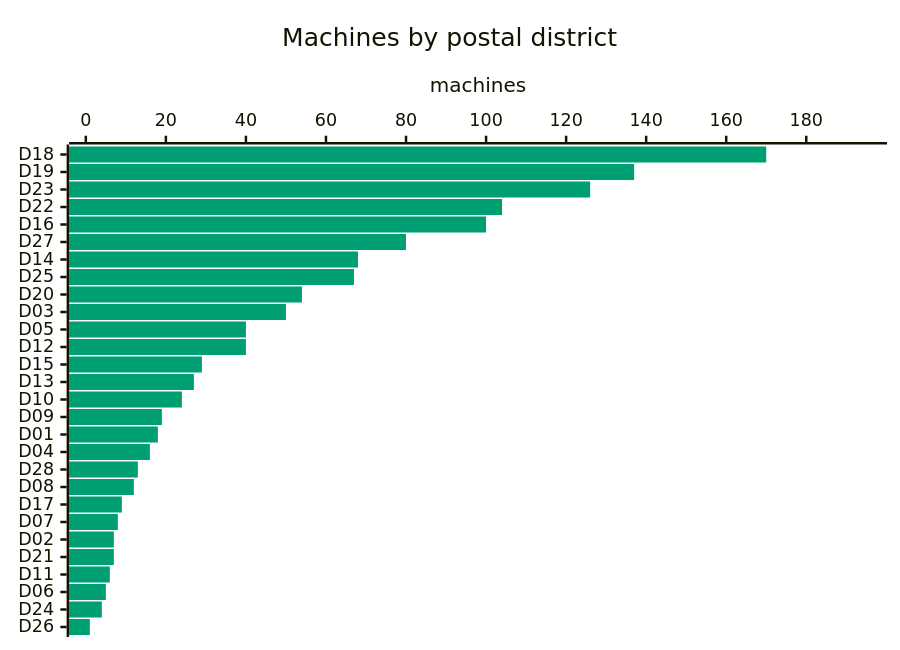
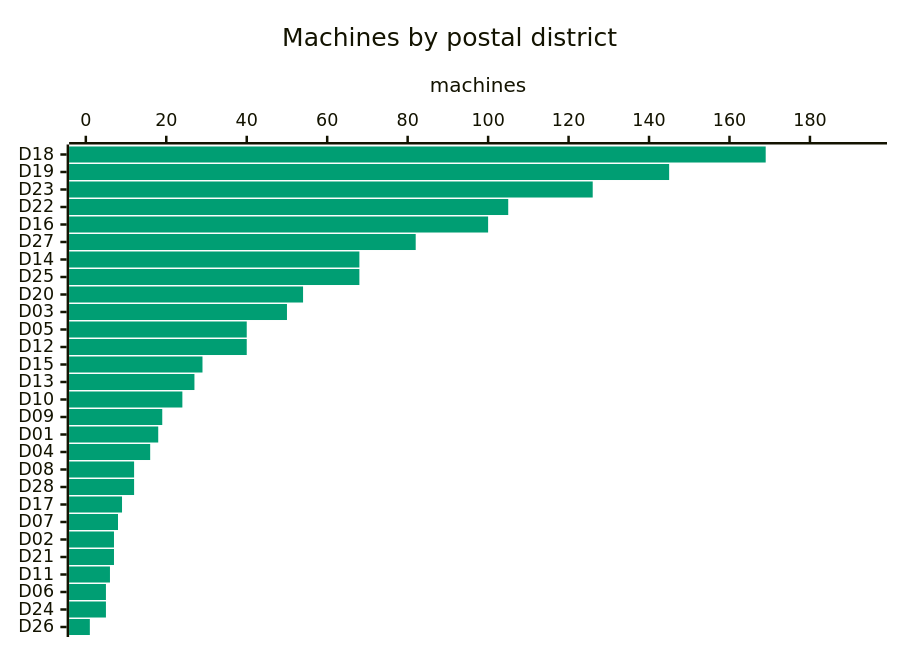
The fourth of 7 diagrams in ANALYSIS.md (cheeaun/returnright-data), drawn with Mermaid before and after one commit. The commit also changed other lines of this file and 3 other files, not shown here.

````diff
--- a/ANALYSIS.md
+++ b/ANALYSIS.md
@@ -117,16 +117,16 @@
 ```mermaid
 ---
 config:
   themeVariables:
     xyChart:
       plotColorPalette: "#009E73"
   xyChart:
     chartOrientation: "horizontal"
     plotReservedSpacePercent: 40
 ---
 xychart-beta
     title "Machines by postal district"
-    x-axis ["D18", "D19", "D23", "D22", "D16", "D27", "D14", "D25", "D20", "D03", "D05", "D12", "D15", "D13", "D10", "D09", "D01", "D04", "D28", "D08", "D17", "D07", "D02", "D21", "D11", "D06", "D24", "D26"]
-    y-axis "machines" 0 --> 196
-    bar [170, 137, 126, 104, 100, 80, 68, 67, 54, 50, 40, 40, 29, 27, 24, 19, 18, 16, 13, 12, 9, 8, 7, 7, 6, 5, 4, 1]
+    x-axis ["D18", "D19", "D23", "D22", "D16", "D27", "D14", "D25", "D20", "D03", "D05", "D12", "D15", "D13", "D10", "D09", "D01", "D04", "D08", "D28", "D17", "D07", "D02", "D21", "D11", "D06", "D24", "D26"]
+    y-axis "machines" 0 --> 195
+    bar [169, 145, 126, 105, 100, 82, 68, 68, 54, 50, 40, 40, 29, 27, 24, 19, 18, 16, 12, 12, 9, 8, 7, 7, 6, 5, 5, 1]
 ```
````
